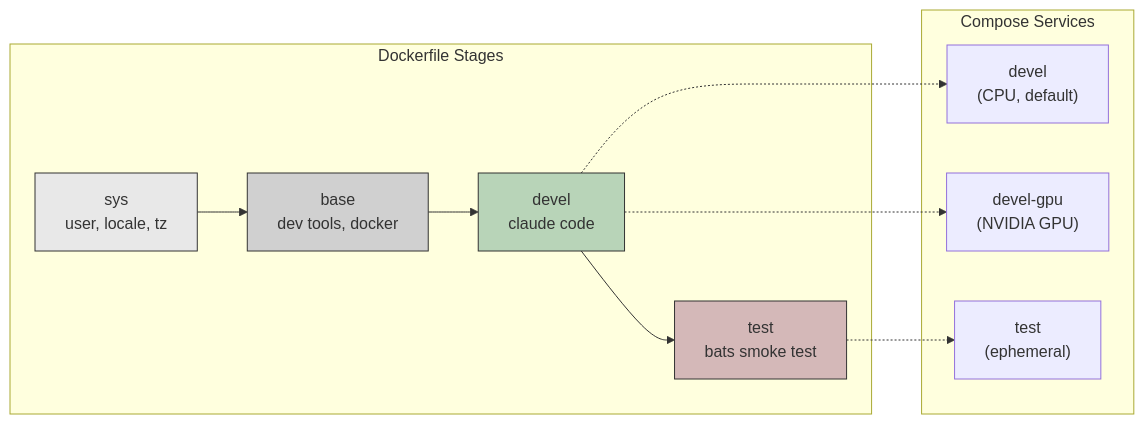
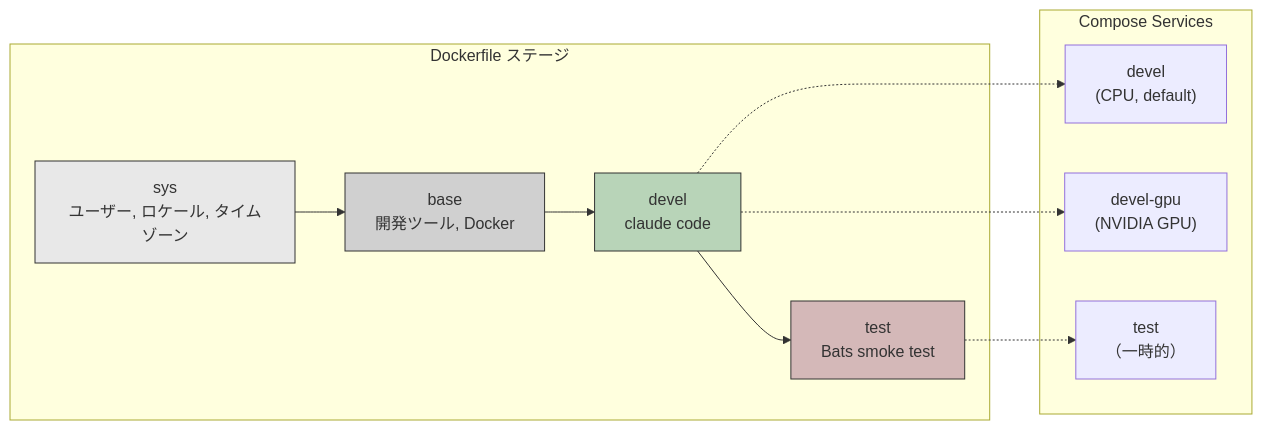
Before and after one commit to ycpss91255-docker/claude_code: the second of 3 diagrams in doc/README.ja.md, drawn with Mermaid. The commit also changed other lines of this file and 2 other files, not shown here.

First line of the commit message:
docs: keep 'smoke test' as proper noun in i18n

````diff
--- a/doc/README.ja.md
+++ b/doc/README.ja.md
@@ -69,26 +69,26 @@
 ```mermaid
 graph LR
-    subgraph "Dockerfile Stages"
-        sys["sys<br/>user, locale, tz"]
-        base["base<br/>dev tools, docker"]
+    subgraph "Dockerfile ステージ"
+        sys["sys<br/>ユーザー, ロケール, タイムゾーン"]
+        base["base<br/>開発ツール, Docker"]
         devel["devel<br/>claude code"]
-        test["test<br/>bats smoke test"]
+        test["test<br/>Bats smoke test"]
     end
 
     sys --> base --> devel --> test
 
     subgraph "Compose Services"
         S_CPU["devel<br/>(CPU, default)"]
         S_GPU["devel-gpu<br/>(NVIDIA GPU)"]
-        S_Test["test<br/>(ephemeral)"]
+        S_Test["test<br/>（一時的）"]
     end
 
     devel -.-> S_CPU
     devel -.-> S_GPU
     test -.-> S_Test
 
     style sys fill:#e8e8e8,stroke:#333
     style base fill:#d0d0d0,stroke:#333
     style devel fill:#b8d4b8,stroke:#333
     style test fill:#d4b8b8,stroke:#333
 ```
````
